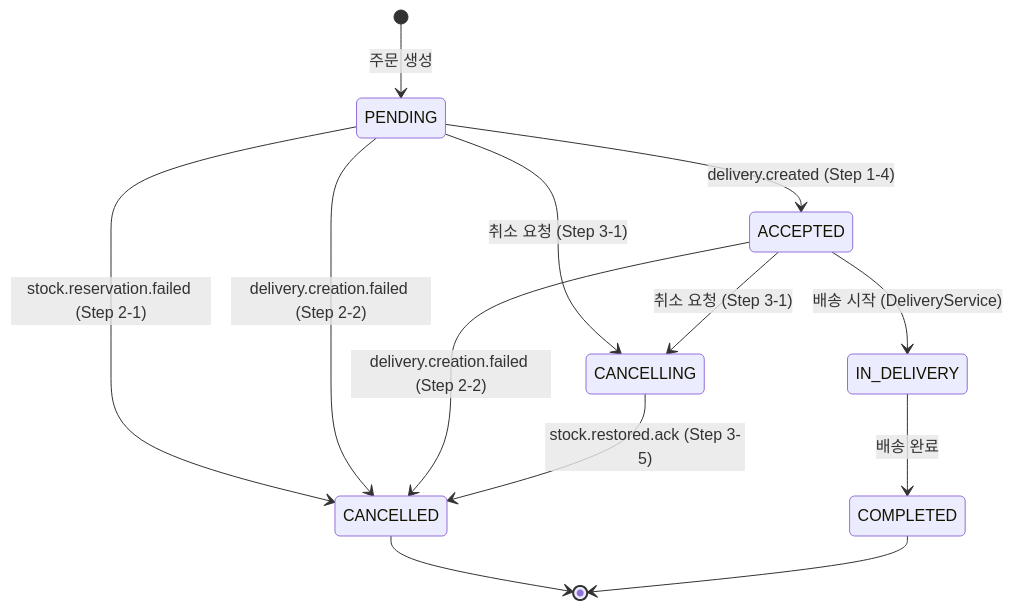
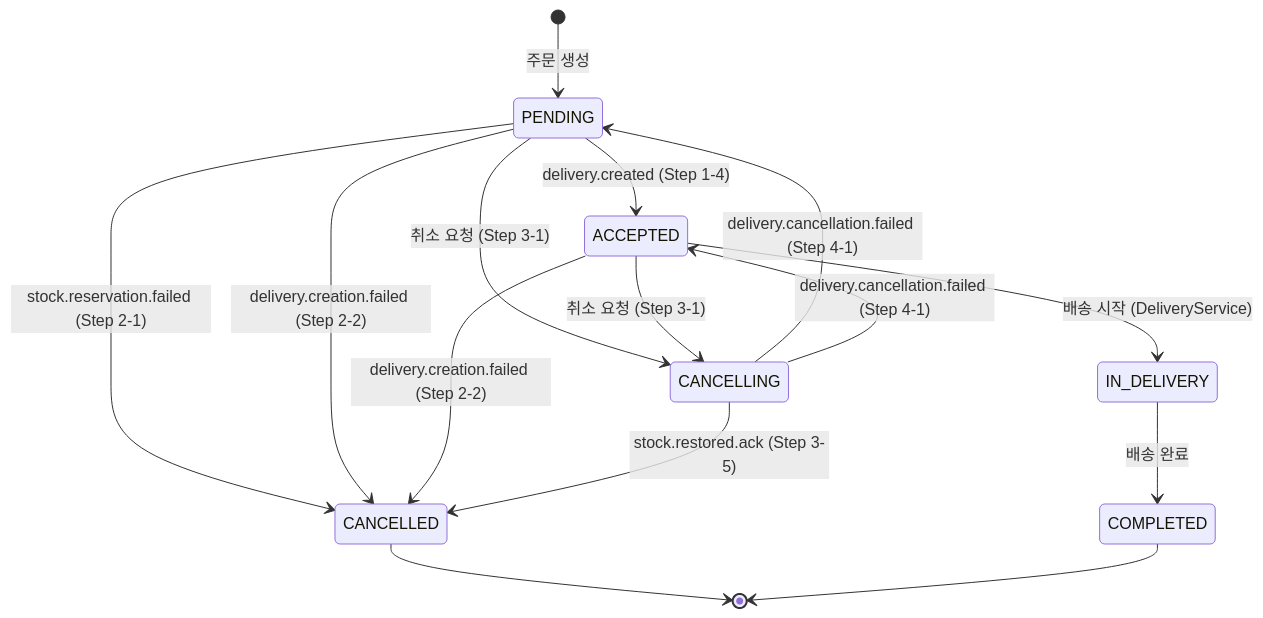
One commit to qkrwns1478/sparta-logistics changed the sixth of 6 diagrams in order-service/src/main/java/com/sparta/logistics/order/order/saga/README.md. Above: the diagram before and after it, drawn with Mermaid. The commit also changed other lines of this file, not shown here.

````diff
--- a/order-service/src/main/java/com/sparta/logistics/order/order/saga/README.md
+++ b/order-service/src/main/java/com/sparta/logistics/order/order/saga/README.md
@@ -298,15 +383,17 @@
 ```mermaid
 stateDiagram-v2
     [*] --> PENDING : 주문 생성
     PENDING --> ACCEPTED : delivery.created (Step 1-4)
     PENDING --> CANCELLED : stock.reservation.failed (Step 2-1)
     PENDING --> CANCELLED : delivery.creation.failed (Step 2-2)
     PENDING --> CANCELLING : 취소 요청 (Step 3-1)
     ACCEPTED --> IN_DELIVERY : 배송 시작 (DeliveryService)
     ACCEPTED --> CANCELLED : delivery.creation.failed (Step 2-2)
     ACCEPTED --> CANCELLING : 취소 요청 (Step 3-1)
     CANCELLING --> CANCELLED : stock.restored.ack (Step 3-5)
+    CANCELLING --> PENDING : delivery.cancellation.failed (Step 4-1)
+    CANCELLING --> ACCEPTED : delivery.cancellation.failed (Step 4-1)
     IN_DELIVERY --> COMPLETED : 배송 완료
     CANCELLED --> [*]
     COMPLETED --> [*]
 ```
````
